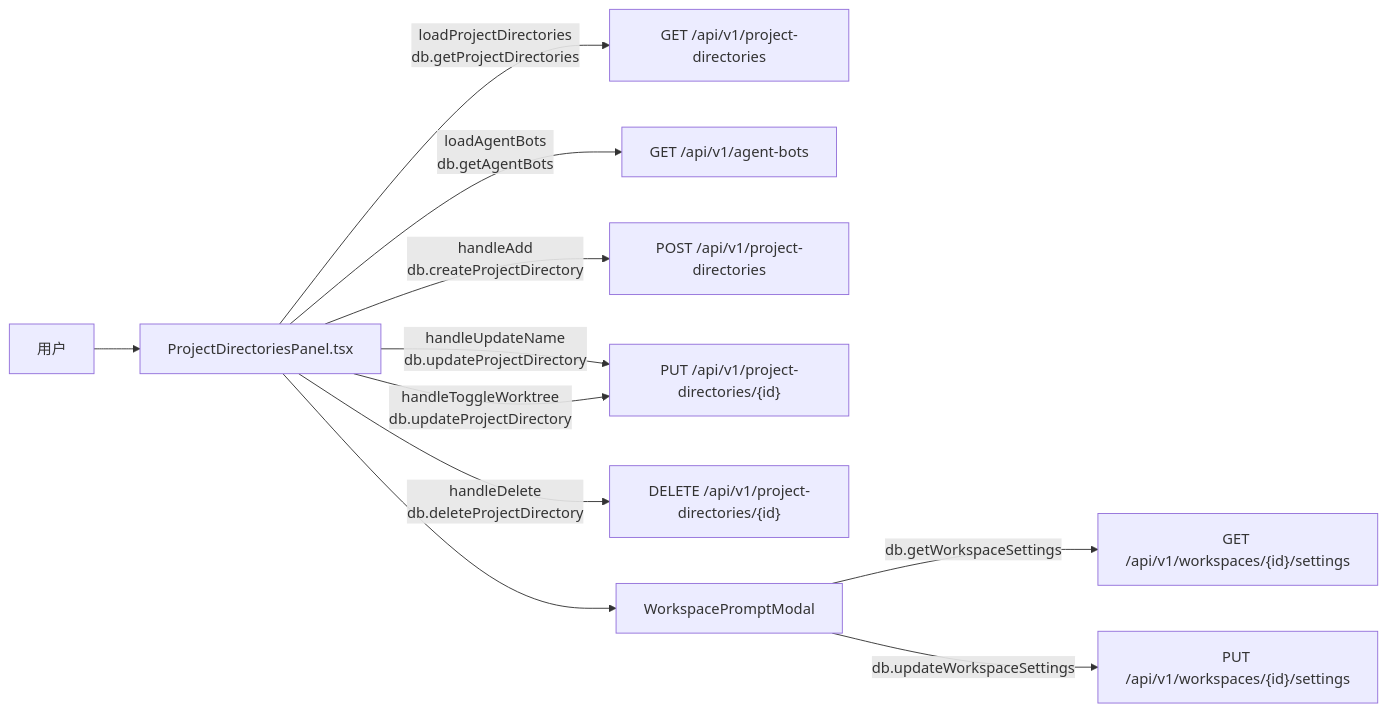
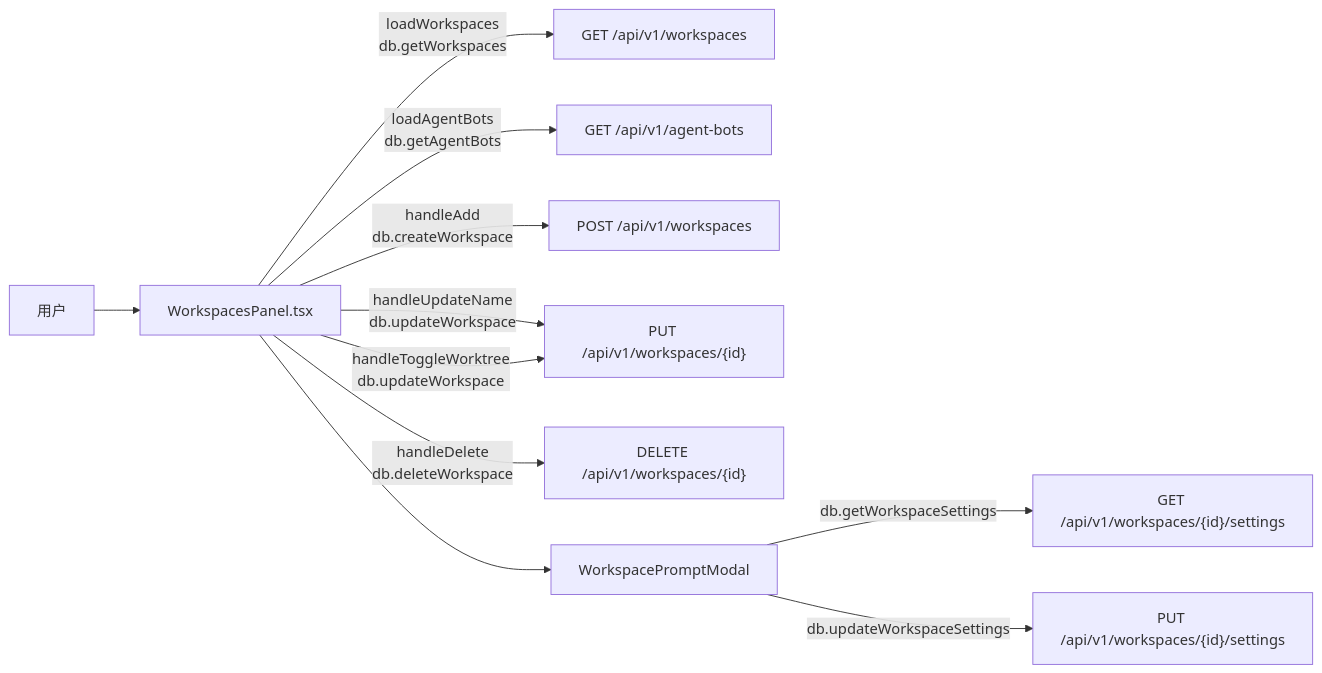
One commit to weibaohui/ntd changed the diagram in frontend/src/help/pages/settings-pd.md. Above: the diagram before and after it, drawn with Mermaid. The commit also changed other lines of this file and 122 other files, not shown here.

First line of the commit message:
refactor(104): 工作空间命名统一——project_directory 全套改为 workspace (#1054)

````diff
--- a/frontend/src/help/pages/settings-pd.md
+++ b/frontend/src/help/pages/settings-pd.md
@@ -11,13 +11,13 @@
 ```mermaid
 flowchart LR
-  User["用户"] --> Panel["ProjectDirectoriesPanel.tsx"]
-  Panel -->|"loadProjectDirectories<br>db.getProjectDirectories"| API1["GET /api/v1/project-directories"]
+  User["用户"] --> Panel["WorkspacesPanel.tsx"]
+  Panel -->|"loadWorkspaces<br>db.getWorkspaces"| API1["GET /api/v1/workspaces"]
   Panel -->|"loadAgentBots<br>db.getAgentBots"| API2["GET /api/v1/agent-bots"]
-  Panel -->|"handleAdd<br>db.createProjectDirectory"| API3["POST /api/v1/project-directories"]
-  Panel -->|"handleUpdateName<br>db.updateProjectDirectory"| API4["PUT /api/v1/project-directories/{id}"]
-  Panel -->|"handleToggleWorktree<br>db.updateProjectDirectory"| API4
-  Panel -->|"handleDelete<br>db.deleteProjectDirectory"| API5["DELETE /api/v1/project-directories/{id}"]
+  Panel -->|"handleAdd<br>db.createWorkspace"| API3["POST /api/v1/workspaces"]
+  Panel -->|"handleUpdateName<br>db.updateWorkspace"| API4["PUT /api/v1/workspaces/{id}"]
+  Panel -->|"handleToggleWorktree<br>db.updateWorkspace"| API4
+  Panel -->|"handleDelete<br>db.deleteWorkspace"| API5["DELETE /api/v1/workspaces/{id}"]
   Panel --> WorkspacePromptModal["WorkspacePromptModal"]
   WorkspacePromptModal -->|"db.getWorkspaceSettings"| API6["GET /api/v1/workspaces/{id}/settings"]
   WorkspacePromptModal -->|"db.updateWorkspaceSettings"| API7["PUT /api/v1/workspaces/{id}/settings"]
 ```
````
